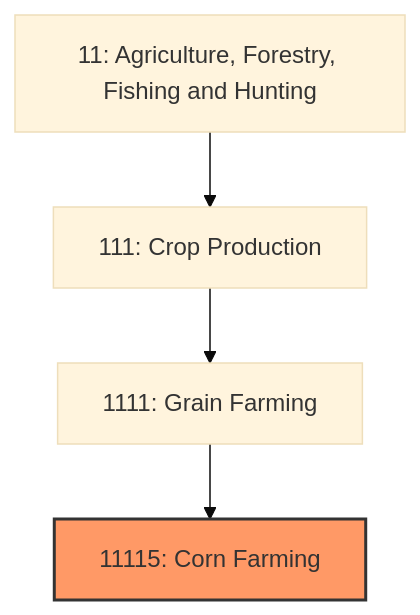
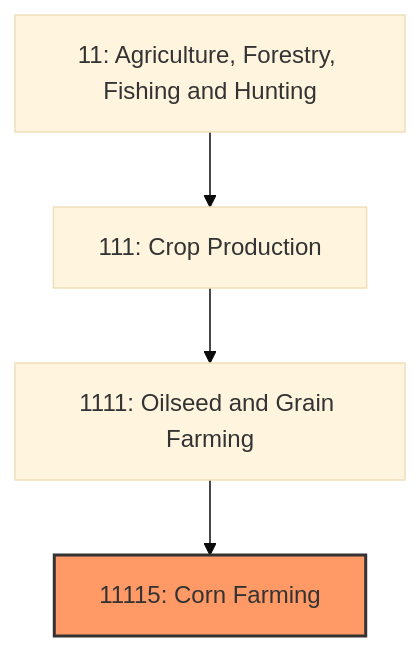
One commit to kziemski/business.org.ai changed the first of 3 diagrams in industries/Agriculture/CropProduction/GrainFarming/CornFarming.mdx. Above: the diagram before and after it, drawn with Mermaid (base theme). The commit also changed other lines of this file and 67 other files, not shown here.

````diff
--- a/industries/Agriculture/CropProduction/GrainFarming/CornFarming.mdx
+++ b/industries/Agriculture/CropProduction/GrainFarming/CornFarming.mdx
@@ -20,8 +34,8 @@
 ```mermaid
 graph TD
     S11["11: Agriculture, Forestry, Fishing and Hunting"]
     S11 --> N111["111: Crop Production"]
-    N111 --> N1111["1111: Grain Farming"]
+    N111 --> N1111["1111: Oilseed and Grain Farming"]
     N1111 --> N11115["11115: Corn Farming"]
     style N11115 fill:#f96,stroke:#333,stroke-width:2px
 ```
````
